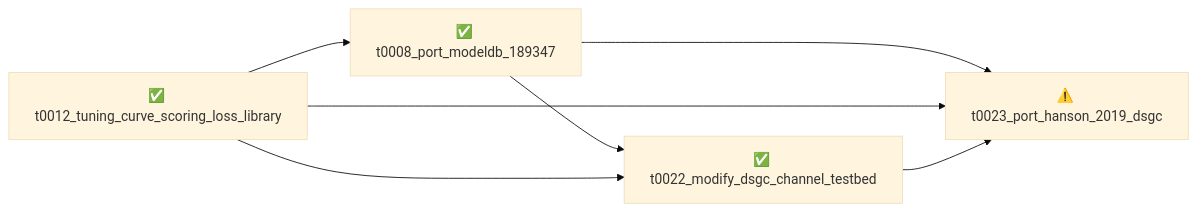
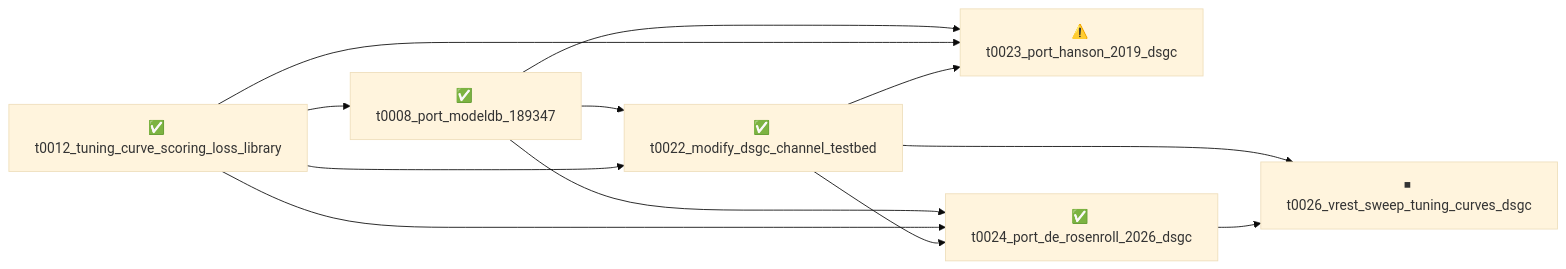
The diagram in overview/tasks/README.md (tonza17/neuron-channels), drawn with Mermaid (base theme) before and after one commit. The commit also changed other lines of this file and 26 other files, not shown here.

````diff
--- a/overview/tasks/README.md
+++ b/overview/tasks/README.md
@@ -12,14 +13,21 @@
 ```mermaid
 graph LR
     t0008_port_modeldb_189347["✅ t0008_port_modeldb_189347"]
     t0012_tuning_curve_scoring_loss_library["✅ t0012_tuning_curve_scoring_loss_library"]
     t0022_modify_dsgc_channel_testbed["✅ t0022_modify_dsgc_channel_testbed"]
     t0023_port_hanson_2019_dsgc["⚠️ t0023_port_hanson_2019_dsgc"]
+    t0024_port_de_rosenroll_2026_dsgc["✅ t0024_port_de_rosenroll_2026_dsgc"]
+    t0026_vrest_sweep_tuning_curves_dsgc["⏹ t0026_vrest_sweep_tuning_curves_dsgc"]
 
     t0012_tuning_curve_scoring_loss_library --> t0008_port_modeldb_189347
     t0008_port_modeldb_189347 --> t0022_modify_dsgc_channel_testbed
     t0012_tuning_curve_scoring_loss_library --> t0022_modify_dsgc_channel_testbed
     t0008_port_modeldb_189347 --> t0023_port_hanson_2019_dsgc
     t0012_tuning_curve_scoring_loss_library --> t0023_port_hanson_2019_dsgc
     t0022_modify_dsgc_channel_testbed --> t0023_port_hanson_2019_dsgc
+    t0008_port_modeldb_189347 --> t0024_port_de_rosenroll_2026_dsgc
+    t0012_tuning_curve_scoring_loss_library --> t0024_port_de_rosenroll_2026_dsgc
+    t0022_modify_dsgc_channel_testbed --> t0024_port_de_rosenroll_2026_dsgc
+    t0022_modify_dsgc_channel_testbed --> t0026_vrest_sweep_tuning_curves_dsgc
+    t0024_port_de_rosenroll_2026_dsgc --> t0026_vrest_sweep_tuning_curves_dsgc
 ```
````
